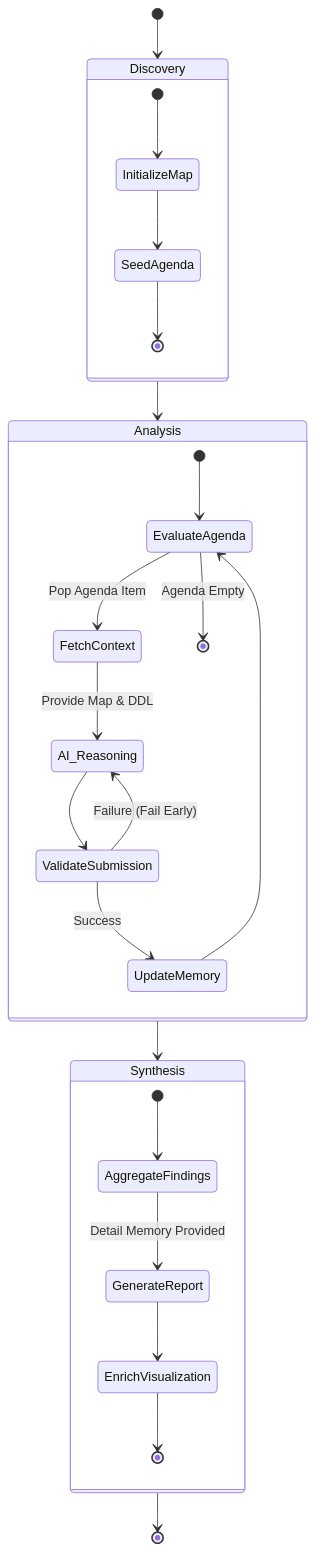
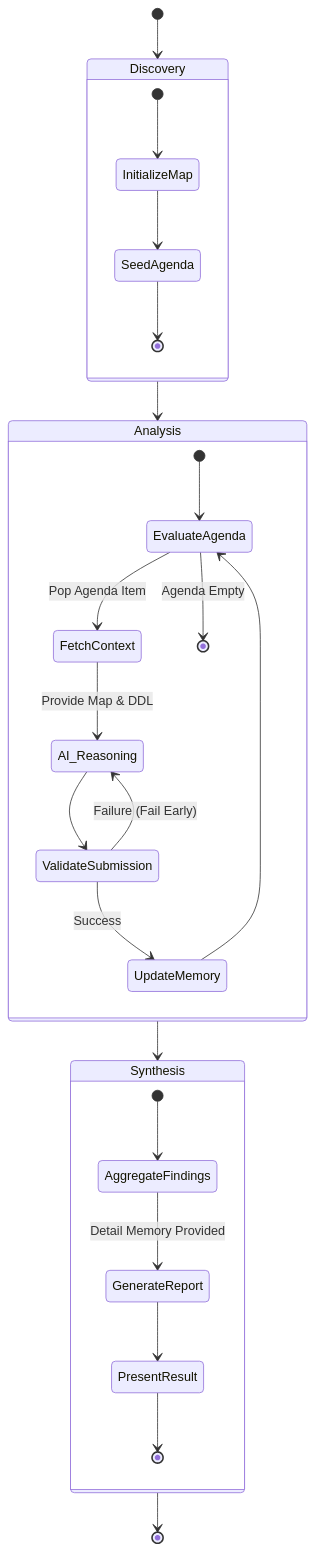
Before and after one commit to ChrisDevRepo/vscode_data_lineage: the first of 6 diagrams in docs/AI_ARCHITECTURE.md, drawn with Mermaid. The commit also changed other lines of this file and 42 other files, not shown here.

````diff
--- a/docs/AI_ARCHITECTURE.md
+++ b/docs/AI_ARCHITECTURE.md
@@ -136,34 +133,34 @@
 ```mermaid
 stateDiagram-v2
     [*] --> Discovery
     
     state Discovery {
         [*] --> InitializeMap
         InitializeMap --> SeedAgenda
         SeedAgenda --> [*]
     }
     
     Discovery --> Analysis
     
     state Analysis {
         [*] --> EvaluateAgenda
         EvaluateAgenda --> FetchContext: Pop Agenda Item
         FetchContext --> AI_Reasoning: Provide Map & DDL
         AI_Reasoning --> ValidateSubmission
         ValidateSubmission --> UpdateMemory: Success
         ValidateSubmission --> AI_Reasoning: Failure (Fail Early)
         UpdateMemory --> EvaluateAgenda
         EvaluateAgenda --> [*]: Agenda Empty
     }
     
     Analysis --> Synthesis
     
     state Synthesis {
         [*] --> AggregateFindings
         AggregateFindings --> GenerateReport: Detail Memory Provided
-        GenerateReport --> EnrichVisualization
-        EnrichVisualization --> [*]
+        GenerateReport --> PresentResult
+        PresentResult --> [*]
     }
     
     Synthesis --> [*]
 ```
````
